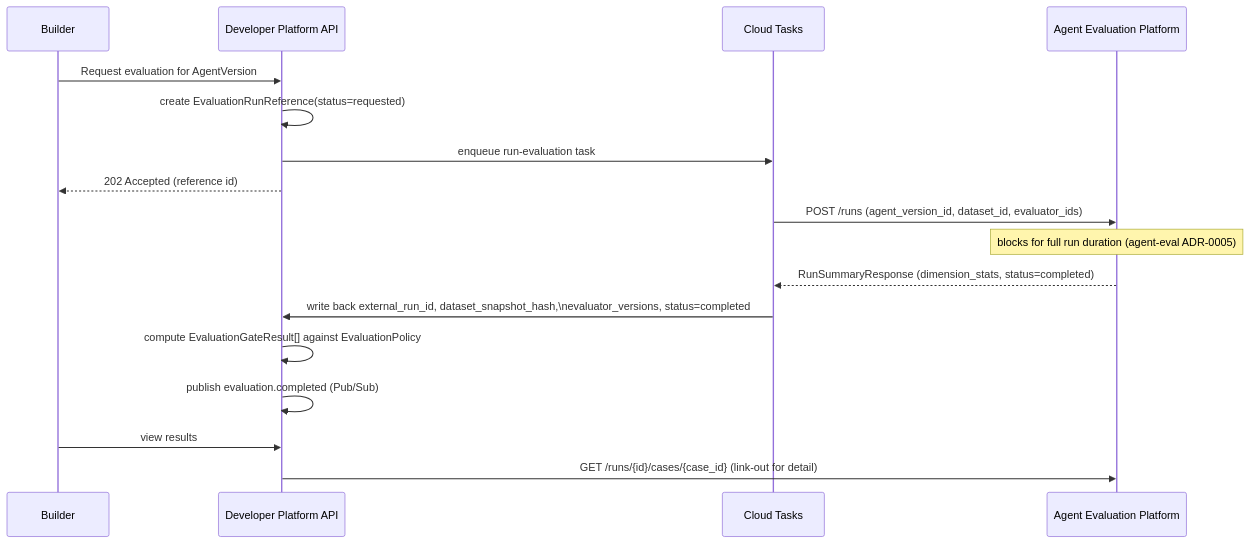
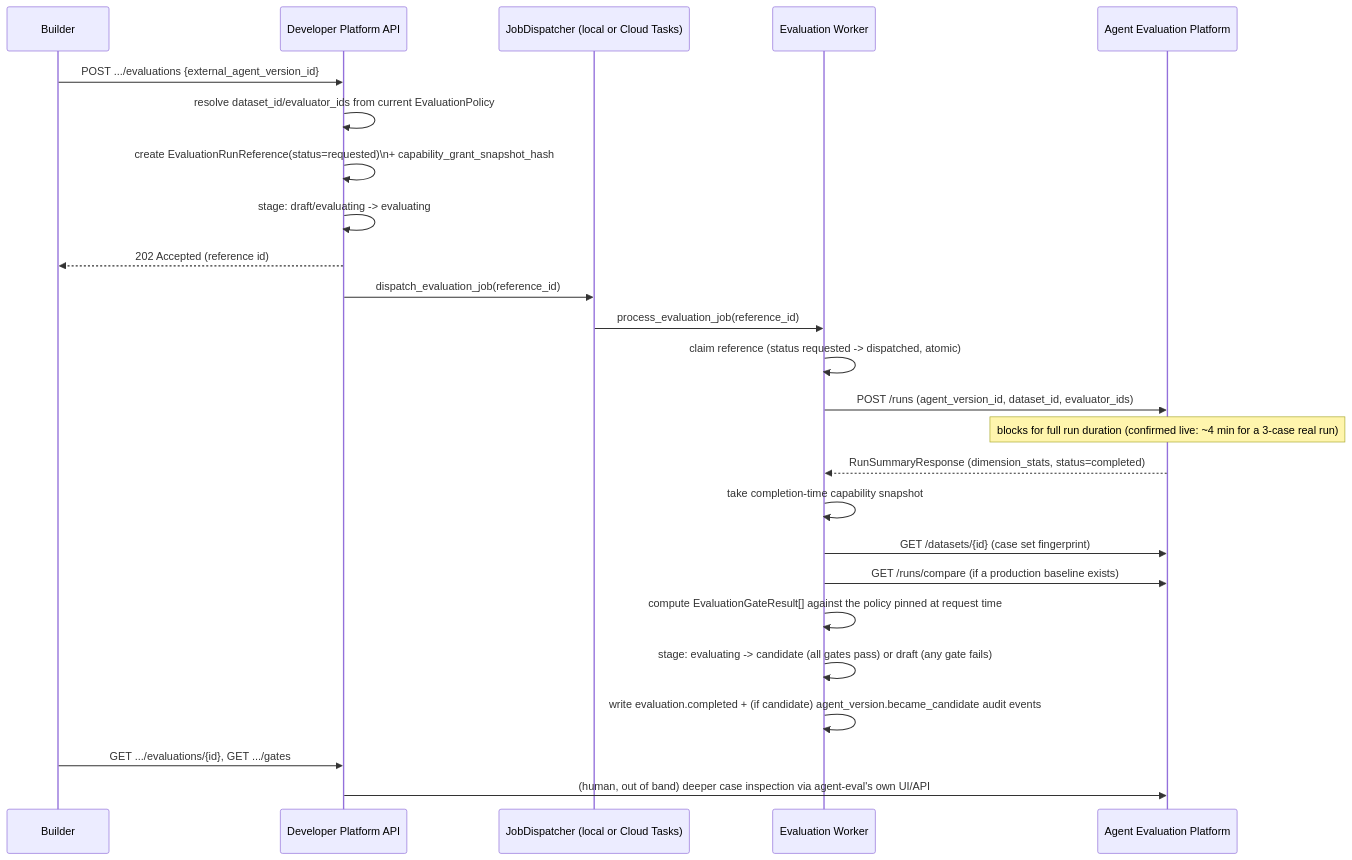
Before and after one commit to fegbewunmi/agent-developer-platform: the first of 2 diagrams in docs/evaluation-and-promotion.md, drawn with Mermaid. The commit also changed other lines of this file and 46 other files, not shown here.

Commit message:
Phase 3: real Agent Evaluation Platform integration, policies, gates, freshness

````diff
--- a/docs/evaluation-and-promotion.md
+++ b/docs/evaluation-and-promotion.md
@@ -32,20 +34,28 @@
 ```mermaid
 sequenceDiagram
     participant B as Builder
     participant API as Developer Platform API
-    participant CT as Cloud Tasks
+    participant D as JobDispatcher (local or Cloud Tasks)
+    participant W as Evaluation Worker
     participant AE as Agent Evaluation Platform
 
-    B->>API: Request evaluation for AgentVersion
-    API->>API: create EvaluationRunReference(status=requested)
-    API->>CT: enqueue run-evaluation task
+    B->>API: POST .../evaluations {external_agent_version_id}
+    API->>API: resolve dataset_id/evaluator_ids from current EvaluationPolicy
+    API->>API: create EvaluationRunReference(status=requested)\n+ capability_grant_snapshot_hash
+    API->>API: stage: draft/evaluating -> evaluating
     API-->>B: 202 Accepted (reference id)
-    CT->>AE: POST /runs (agent_version_id, dataset_id, evaluator_ids)
-    Note over AE: blocks for full run duration (agent-eval ADR-0005)
-    AE-->>CT: RunSummaryResponse (dimension_stats, status=completed)
-    CT->>API: write back external_run_id, dataset_snapshot_hash,\nevaluator_versions, status=completed
-    API->>API: compute EvaluationGateResult[] against EvaluationPolicy
-    API->>API: publish evaluation.completed (Pub/Sub)
-    B->>API: view results
-    API->>AE: GET /runs/{id}/cases/{case_id} (link-out for detail)
+    API->>D: dispatch_evaluation_job(reference_id)
+    D->>W: process_evaluation_job(reference_id)
+    W->>W: claim reference (status requested -> dispatched, atomic)
+    W->>AE: POST /runs (agent_version_id, dataset_id, evaluator_ids)
+    Note over AE: blocks for full run duration (confirmed live: ~4 min for a 3-case real run)
+    AE-->>W: RunSummaryResponse (dimension_stats, status=completed)
+    W->>W: take completion-time capability snapshot
+    W->>AE: GET /datasets/{id} (case set fingerprint)
+    W->>AE: GET /runs/compare (if a production baseline exists)
+    W->>W: compute EvaluationGateResult[] against the policy pinned at request time
+    W->>W: stage: evaluating -> candidate (all gates pass) or draft (any gate fails)
+    W->>W: write evaluation.completed + (if candidate) agent_version.became_candidate audit events
+    B->>API: GET .../evaluations/{id}, GET .../gates
+    API->>AE: (human, out of band) deeper case inspection via agent-eval's own UI/API
 ```
````
